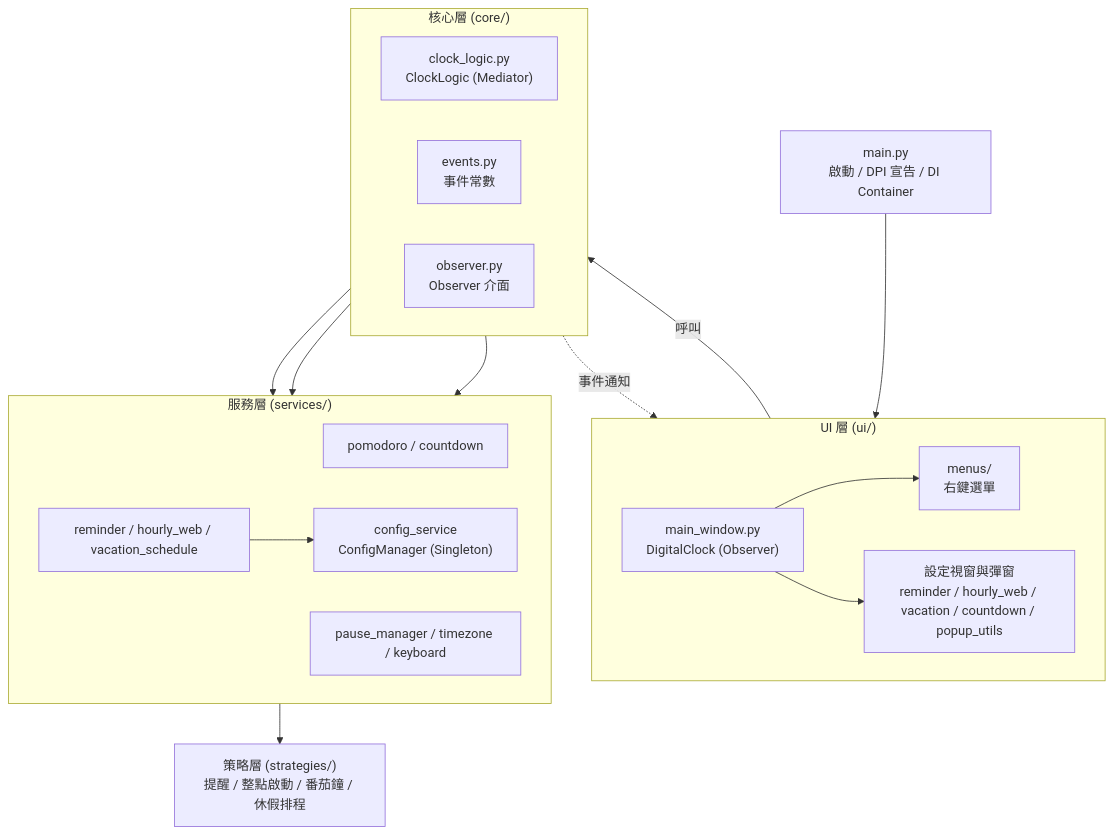
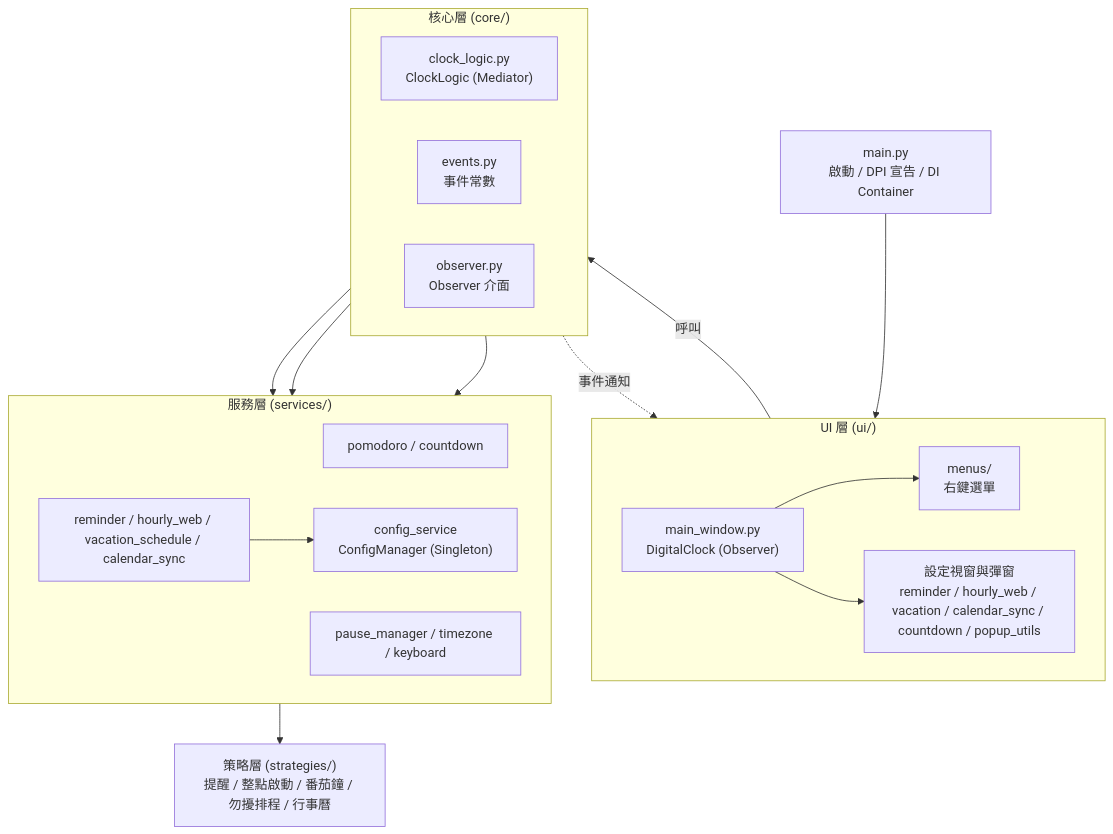
The diagram in README.md (eric999j/digital_clock), drawn with Mermaid before and after one commit. The commit also changed other lines of this file, not shown here.

````diff
--- a/README.md
+++ b/README.md
@@ -124,39 +143,39 @@
 ```mermaid
 flowchart TB
     MAIN["main.py<br/>啟動 / DPI 宣告 / DI Container"]
 
     subgraph UI_Layer["UI 層 (ui/)"]
         direction LR
         WINDOW["main_window.py<br/>DigitalClock (Observer)"]
         MENUS["menus/<br/>右鍵選單"]
-        DIALOGS["設定視窗與彈窗<br/>reminder / hourly_web / vacation / countdown / popup_utils"]
+        DIALOGS["設定視窗與彈窗<br/>reminder / hourly_web / vacation / calendar_sync / countdown / popup_utils"]
     end
 
     subgraph Core_Layer["核心層 (core/)"]
         direction LR
         LOGIC["clock_logic.py<br/>ClockLogic (Mediator)"]
         EVT["events.py<br/>事件常數"]
         OBS["observer.py<br/>Observer 介面"]
     end
 
     subgraph Service_Layer["服務層 (services/)"]
         direction LR
         POMO["pomodoro / countdown"]
-        REMS["reminder / hourly_web / vacation_schedule"]
+        REMS["reminder / hourly_web / vacation_schedule / calendar_sync"]
         MISC["pause_manager / timezone / keyboard"]
         CFG["config_service<br/>ConfigManager (Singleton)"]
     end
 
-    STR["策略層 (strategies/)<br/>提醒 / 整點啟動 / 番茄鐘 / 休假排程"]
+    STR["策略層 (strategies/)<br/>提醒 / 整點啟動 / 番茄鐘 / 勿擾排程 / 行事曆"]
 
     MAIN --> WINDOW
     WINDOW --> MENUS
     WINDOW --> DIALOGS
     WINDOW -->|呼叫| LOGIC
     LOGIC -.->|事件通知| WINDOW
     LOGIC --> POMO
     LOGIC --> REMS
     LOGIC --> MISC
     REMS --> STR
     REMS --> CFG
 ```
````
